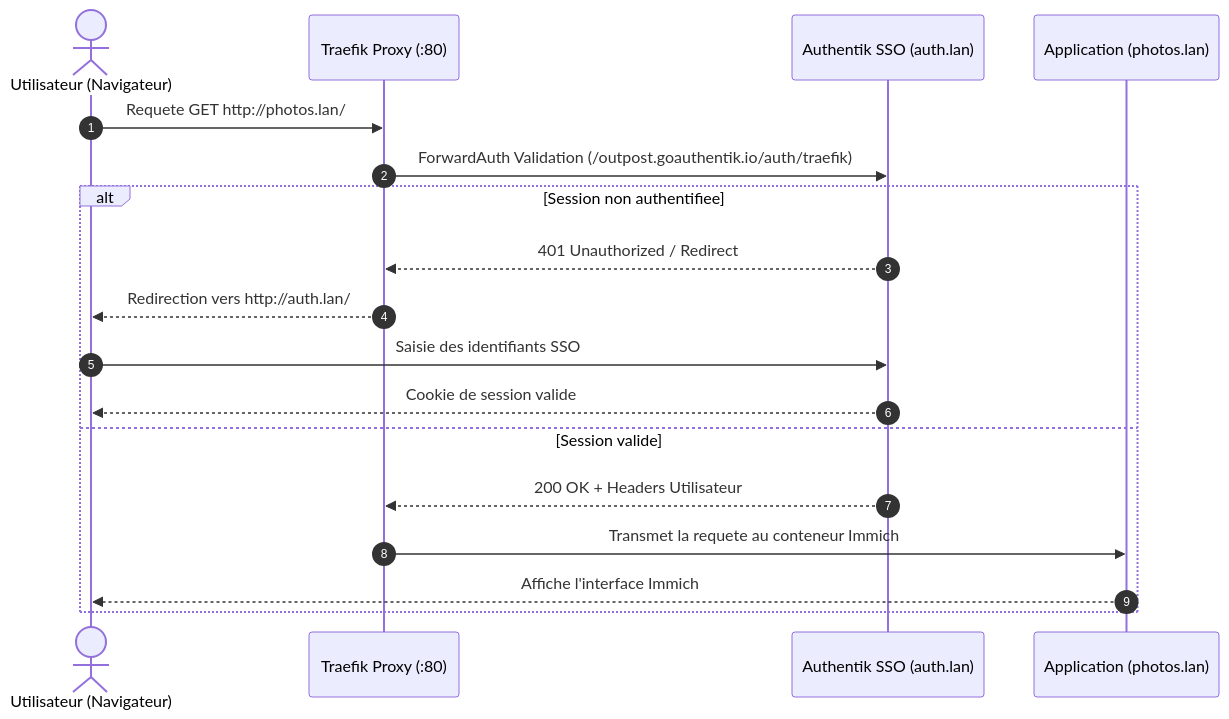
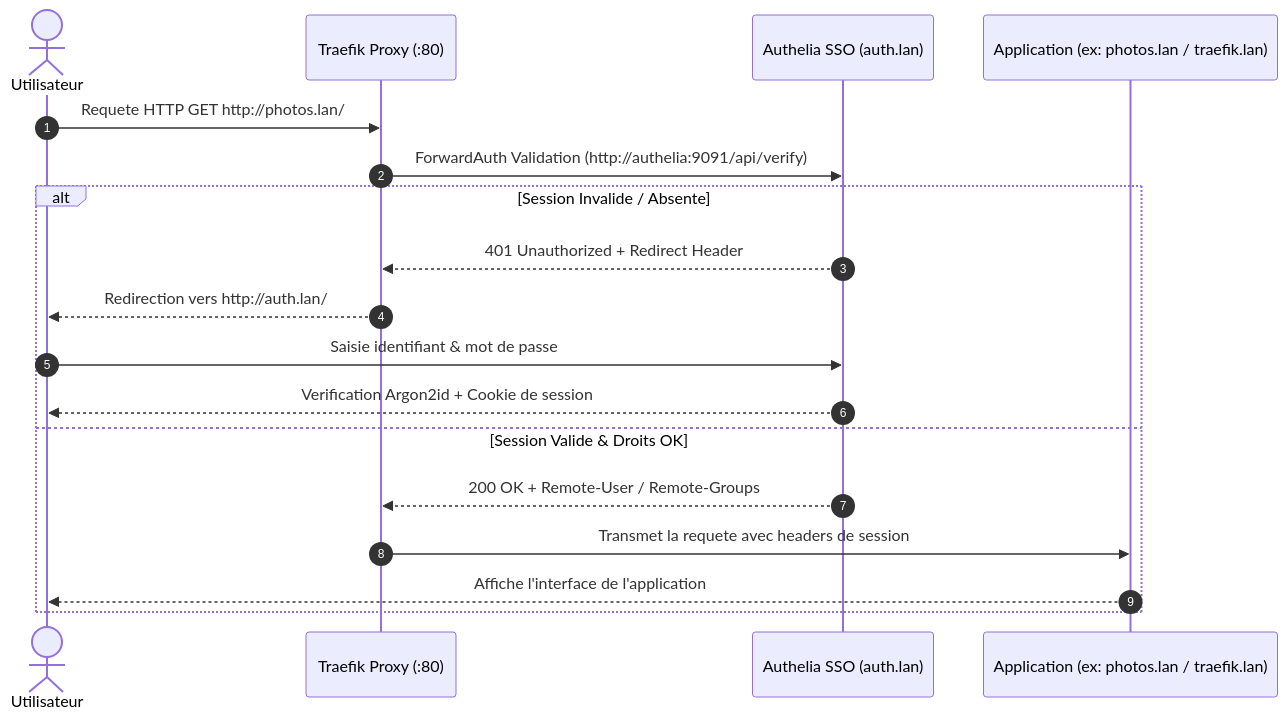
The second of 2 diagrams in readme.md (totoc2428/homehub), drawn with Mermaid before and after one commit. The commit also changed other lines of this file and 3 other files, not shown here.

First line of the commit message:
Refactor HomeLab to integrate Authelia SSO, update environment variables, and enhance documentation

````diff
--- a/readme.md
+++ b/readme.md
@@ -79,21 +70,21 @@
 ```mermaid
 sequenceDiagram
     autonumber
-    actor User as Utilisateur (Navigateur)
+    actor User as Utilisateur
     participant Traefik as Traefik Proxy (:80)
-    participant Authentik as Authentik SSO (auth.lan)
-    participant App as Application (photos.lan)
+    participant Authelia as Authelia SSO (auth.lan)
+    participant App as Application (ex: photos.lan / traefik.lan)
 
-    User->>Traefik: Requete GET http://photos.lan/
-    Traefik->>Authentik: ForwardAuth Validation (/outpost.goauthentik.io/auth/traefik)
-    alt Session non authentifiee
-        Authentik-->>Traefik: 401 Unauthorized / Redirect
+    User->>Traefik: Requete HTTP GET http://photos.lan/
+    Traefik->>Authelia: ForwardAuth Validation (http://authelia:9091/api/verify)
+    alt Session Invalide / Absente
+        Authelia-->>Traefik: 401 Unauthorized + Redirect Header
         Traefik-->>User: Redirection vers http://auth.lan/
-        User->>Authentik: Saisie des identifiants SSO
-        Authentik-->>User: Cookie de session valide
-    else Session valide
-        Authentik-->>Traefik: 200 OK + Headers Utilisateur
-        Traefik->>App: Transmet la requete au conteneur Immich
-        App-->>User: Affiche l'interface Immich
+        User->>Authelia: Saisie identifiant & mot de passe
+        Authelia-->>User: Verification Argon2id + Cookie de session
+    else Session Valide & Droits OK
+        Authelia-->>Traefik: 200 OK + Remote-User / Remote-Groups
+        Traefik->>App: Transmet la requete avec headers de session
+        App-->>User: Affiche l'interface de l'application
     end
 ```
````
